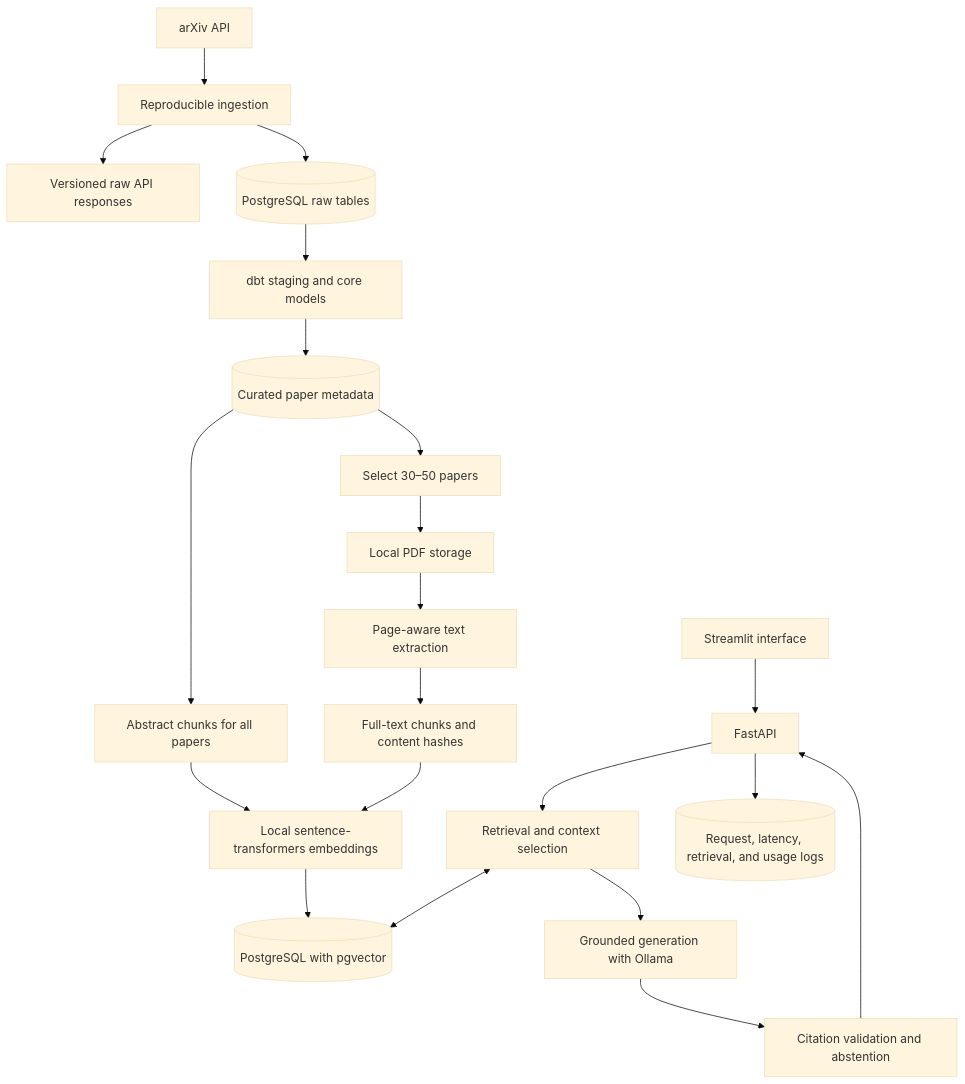
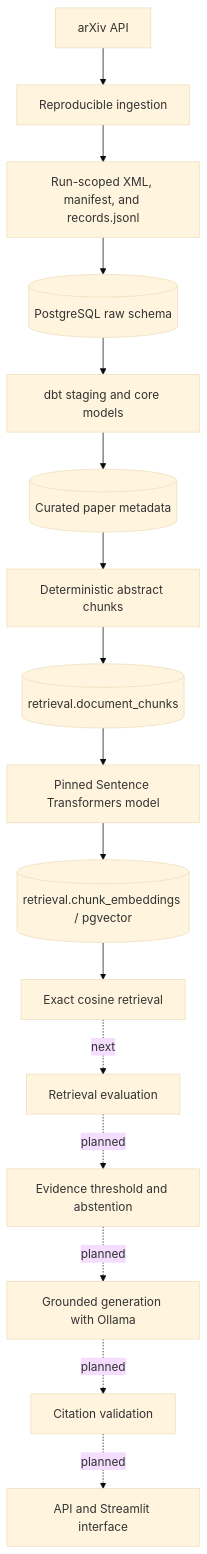
One commit to gnamiro/research-evidence-copilot changed the diagram in README.md. Above: the diagram before and after it, drawn with Mermaid (base theme). The commit also changed other lines of this file, not shown here.

Commit message:
feat(README): Update readme content according to the latest update

````diff
--- a/README.md
+++ b/README.md
@@ -84,26 +160,19 @@
 ```mermaid
 flowchart TD
     A["arXiv API"] --> B["Reproducible ingestion"]
-    B --> C["Versioned raw API responses"]
-    B --> D[("PostgreSQL raw tables")]
+    B --> C["Run-scoped XML, manifest, and records.jsonl"]
+    C --> D[("PostgreSQL raw schema")]
     D --> E["dbt staging and core models"]
     E --> F[("Curated paper metadata")]
+    F --> G["Deterministic abstract chunks"]
+    G --> H[("retrieval.document_chunks")]
+    H --> I["Pinned Sentence Transformers model"]
+    I --> J[("retrieval.chunk_embeddings / pgvector")]
+    J --> K["Exact cosine retrieval"]
 
-    F --> G["Abstract chunks for all papers"]
-    F --> H["Select 30–50 papers"]
-    H --> I["Local PDF storage"]
-    I --> J["Page-aware text extraction"]
-    J --> K["Full-text chunks and content hashes"]
-
-    G --> L["Local sentence-transformers embeddings"]
-    K --> L
-    L --> M[("PostgreSQL with pgvector")]
-
-    N["Streamlit interface"] --> O["FastAPI"]
-    O --> P["Retrieval and context selection"]
-    P <--> M
-    P --> Q["Grounded generation with Ollama"]
-    Q --> R["Citation validation and abstention"]
-    R --> O
-    O --> S[("Request, latency, retrieval, and usage logs")]
+    K -. next .-> L["Retrieval evaluation"]
+    L -. planned .-> M["Evidence threshold and abstention"]
+    M -. planned .-> N["Grounded generation with Ollama"]
+    N -. planned .-> O["Citation validation"]
+    O -. planned .-> P["API and Streamlit interface"]
 ```
````
